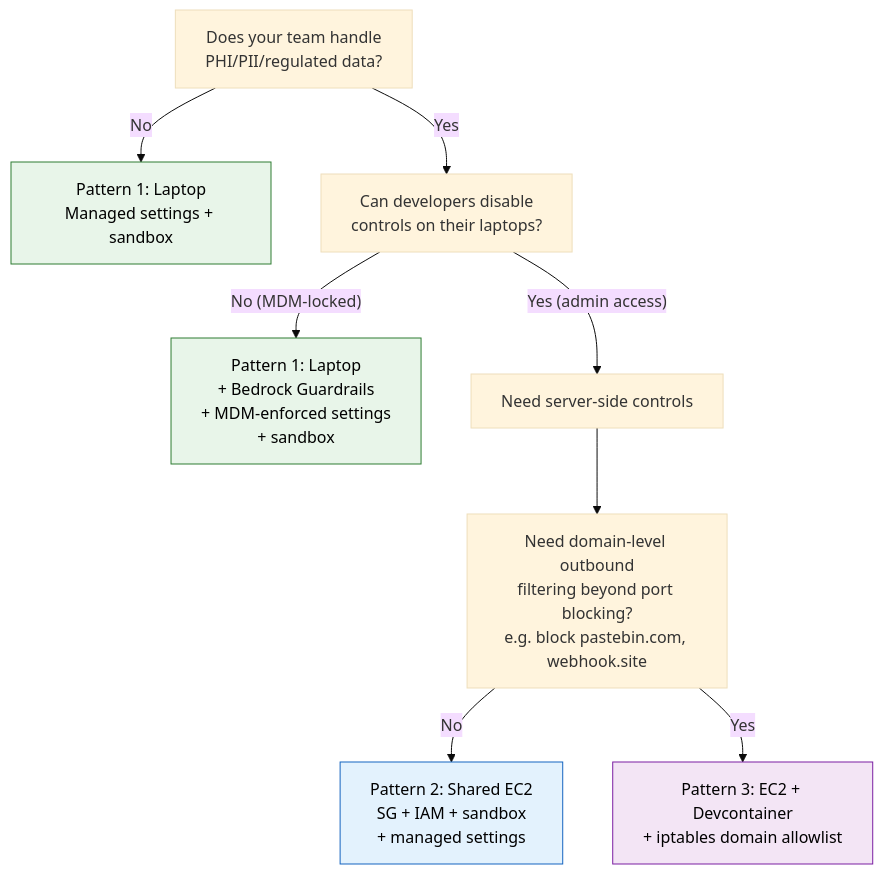
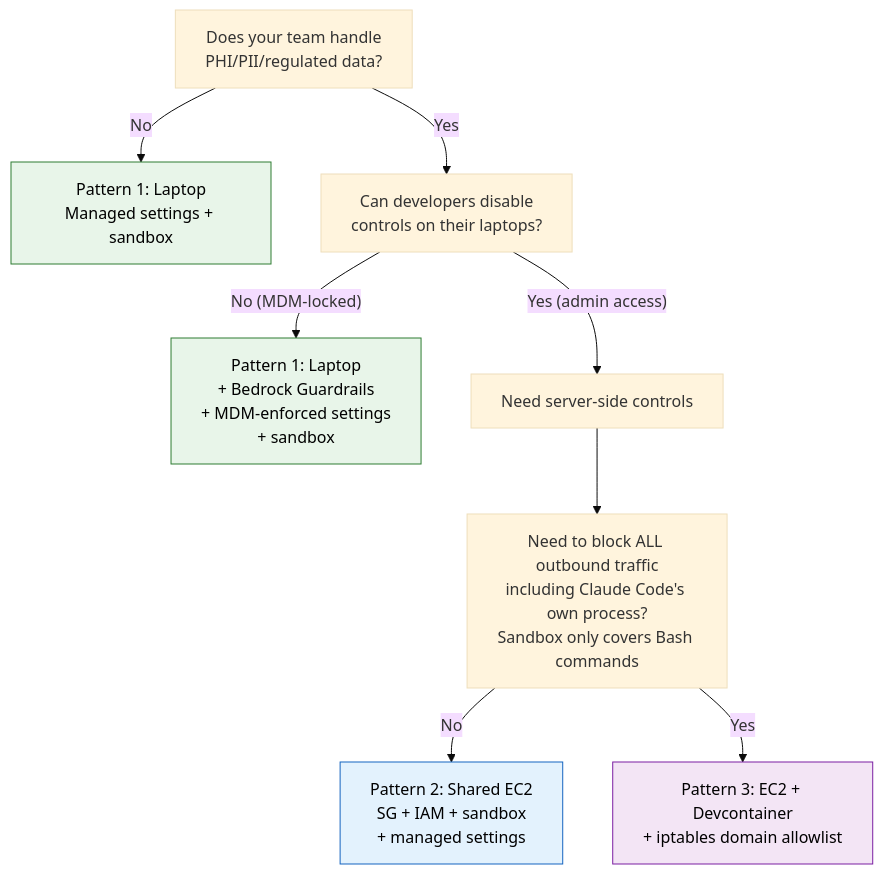
One commit to aidin-repo/claude-code-ec2-isolation changed the first of 4 diagrams in README.md. Above: the diagram before and after it, drawn with Mermaid (base theme).

Commit message:
Clarify decision tree: devcontainer covers all traffic, not just Bash

````diff
--- a/README.md
+++ b/README.md
@@ -41,15 +41,15 @@
 ```mermaid
 graph TD
   A["Does your team handle<br>PHI/PII/regulated data?"] -->|No| B["Pattern 1: Laptop<br>Managed settings + sandbox"]
   A -->|Yes| C["Can developers disable<br>controls on their laptops?"]
   C -->|"No (MDM-locked)"| D["Pattern 1: Laptop<br>+ Bedrock Guardrails<br>+ MDM-enforced settings<br>+ sandbox"]
   C -->|"Yes (admin access)"| E["Need server-side controls"]
-  E --> F["Need domain-level outbound<br>filtering beyond port blocking?<br>e.g. block pastebin.com, webhook.site"]
+  E --> F["Need to block ALL outbound traffic<br>including Claude Code's own process?<br>Sandbox only covers Bash commands"]
   F -->|No| G["Pattern 2: Shared EC2<br>SG + IAM + sandbox<br>+ managed settings"]
   F -->|Yes| H["Pattern 3: EC2 + Devcontainer<br>+ iptables domain allowlist"]
 
   style B fill:#e8f5e9,stroke:#2e7d32,color:#000
   style D fill:#e8f5e9,stroke:#2e7d32,color:#000
   style G fill:#e3f2fd,stroke:#1565c0,color:#000
   style H fill:#f3e5f5,stroke:#7b1fa2,color:#000
 ```
````
